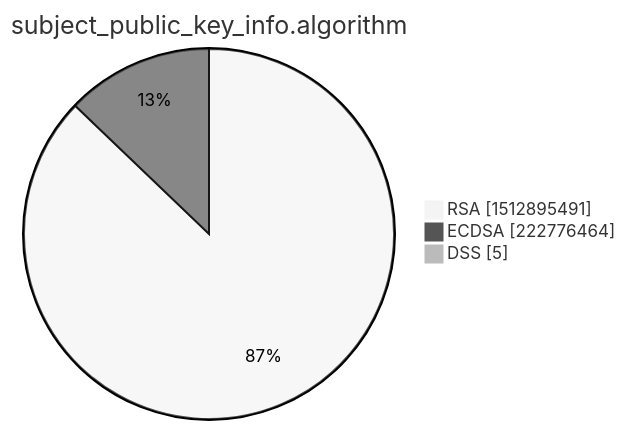
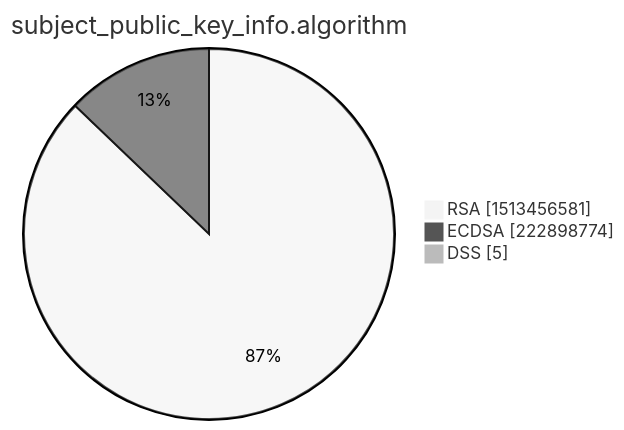
Before and after one commit to christiankrug/ctmonitor_visualization: the third of 15 diagrams in xenon2022/README.md, drawn with Mermaid (neutral theme). The commit also changed other lines of this file, not shown here.

````diff
--- a/xenon2022/README.md
+++ b/xenon2022/README.md
@@ -14,7 +14,7 @@
 ```mermaid
 pie showData
 title subject_public_key_info.algorithm
-"RSA" :1512895491
-"ECDSA" :222776464
+"RSA" :1513456581
+"ECDSA" :222898774
 "DSS" :5
 ```
````
